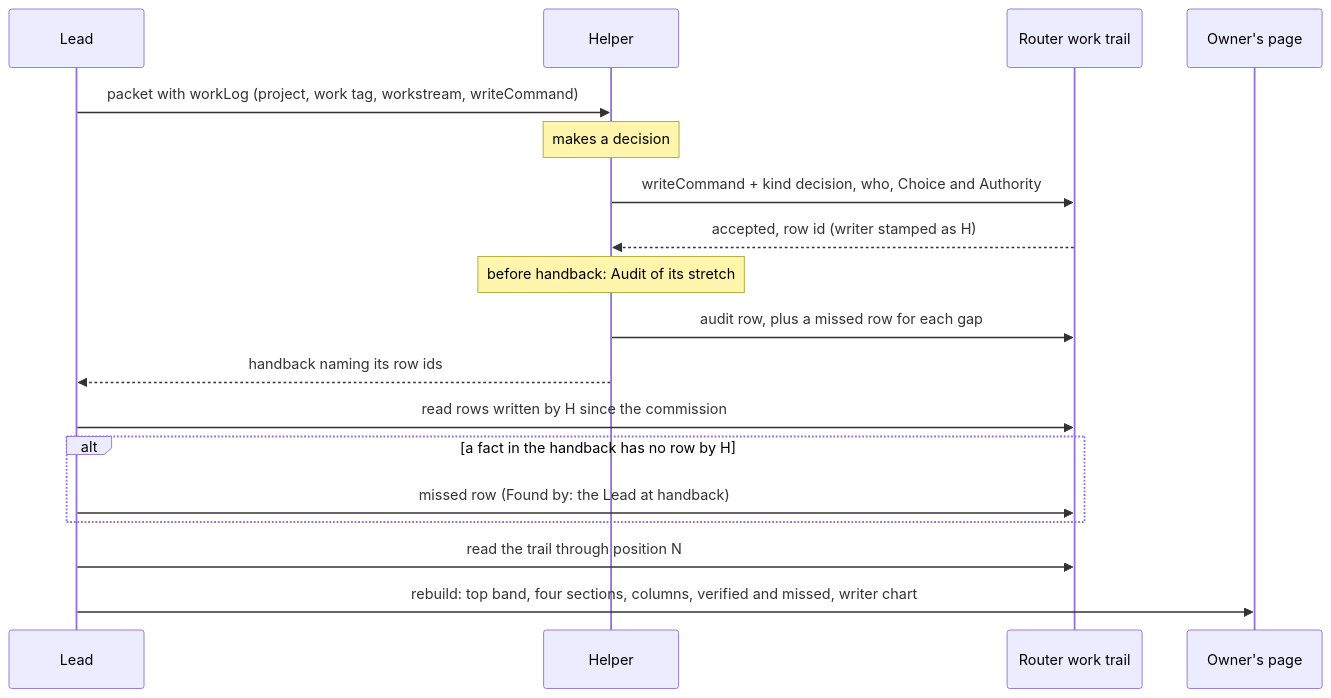
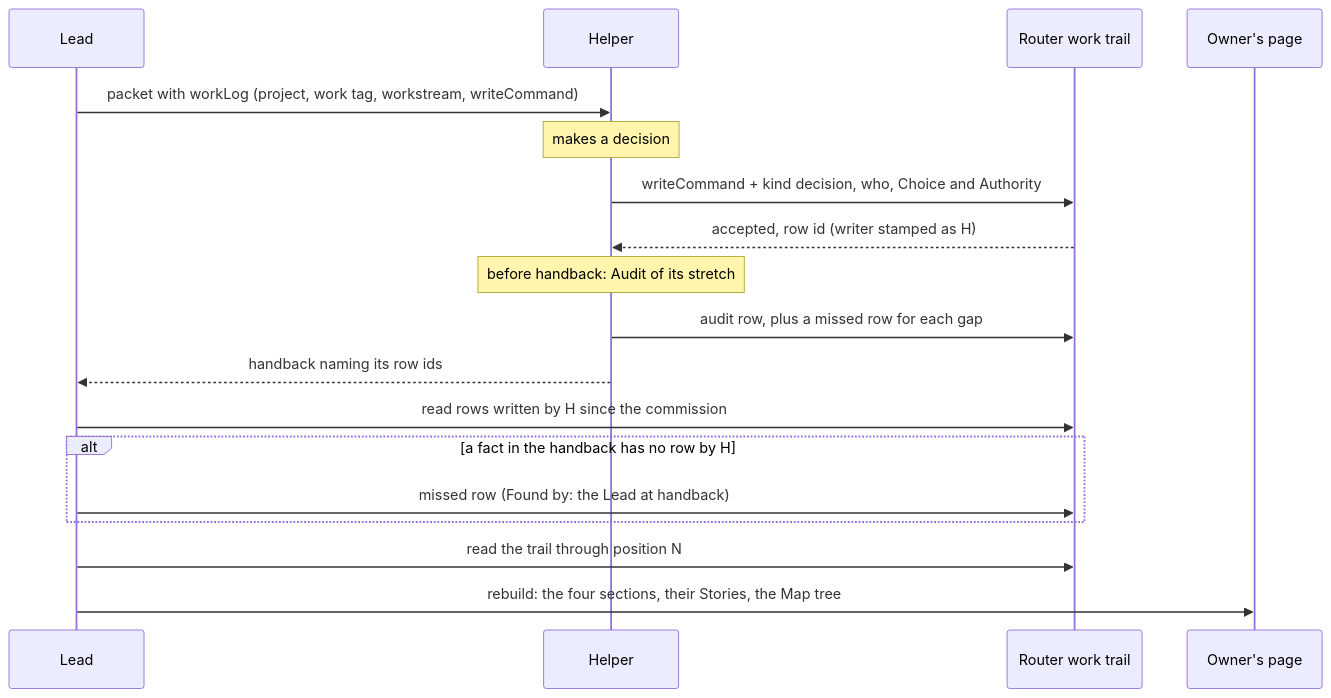
One commit to ShravanSunder/sunstack changed the third of 3 diagrams in docs/wip/skills-authoring/2026-11-06-show-me-your-work-record/program-design.md. Above: the diagram before and after it, drawn with Mermaid. The commit also changed other lines of this file and 17 other files, not shown here.

Commit message:
docs(smyw-record): D16 the owner's approved page (page O, the Map as one tree in a panel, stories in plain words) restored to the design: U6 U7 U13, R19-R25, S8 S12, a covered-rows list for stories past Router's 16-link limit

````diff
--- a/docs/wip/skills-authoring/2026-11-06-show-me-your-work-record/program-design.md
+++ b/docs/wip/skills-authoring/2026-11-06-show-me-your-work-record/program-design.md
@@ -167,20 +167,20 @@
 ```mermaid
 sequenceDiagram
   participant L as Lead
   participant H as Helper
   participant R as Router work trail
   participant P as Owner's page
   L->>H: packet with workLog (project, work tag, workstream, writeCommand)
   Note over H: makes a decision
   H->>R: writeCommand + kind decision, who, Choice and Authority
   R-->>H: accepted, row id (writer stamped as H)
   Note over H: before handback: Audit of its stretch
   H->>R: audit row, plus a missed row for each gap
   H-->>L: handback naming its row ids
   L->>R: read rows written by H since the commission
   alt a fact in the handback has no row by H
     L->>R: missed row (Found by: the Lead at handback)
   end
   L->>R: read the trail through position N
-  L->>P: rebuild: top band, four sections, columns, verified and missed, writer chart
+  L->>P: rebuild: the four sections, their Stories, the Map tree
 ```
````
